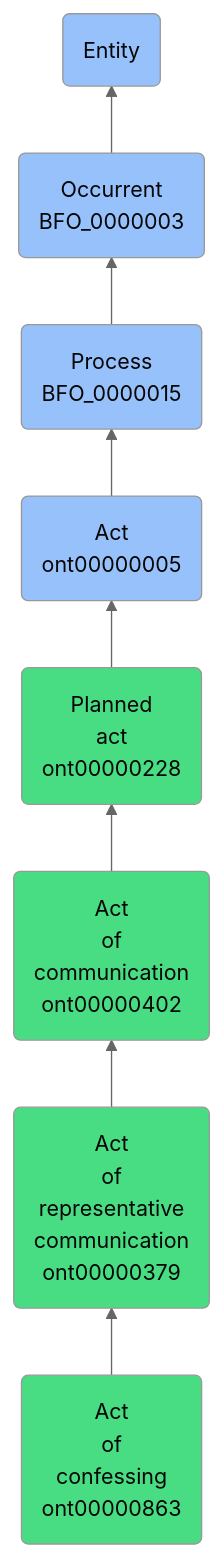
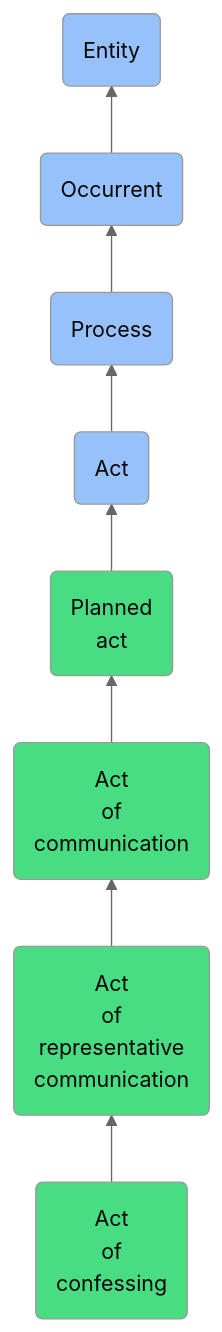
Before and after one commit to jupyter-naas/abi: the diagram in docs/ontology/reference/model/Entity/Occurrent/Process/Act/Planned act/Act of communication/Act of representative communication/Act of confessing/Act of confessing.md, drawn with Mermaid (neutral theme). The commit also changed other lines of this file and 1430 other files, not shown here.

````diff
--- a/docs/ontology/reference/model/Entity/Occurrent/Process/Act/Planned act/Act of communication/Act of representative communication/Act of confessing/Act of confessing.md
+++ b/docs/ontology/reference/model/Entity/Occurrent/Process/Act/Planned act/Act of communication/Act of representative communication/Act of confessing/Act of confessing.md
@@ -24,15 +24,15 @@
 ```mermaid
 graph BT
-    ont00000863(Act<br>of<br>confessing<br>ont00000863):::ABI-->ont00000379
-    ont00000379(Act<br>of<br>representative<br>communication<br>ont00000379):::ABI-->ont00000402
-    ont00000402(Act<br>of<br>communication<br>ont00000402):::ABI-->ont00000228
-    ont00000228(Planned<br>act<br>ont00000228):::ABI-->ont00000005
-    ont00000005(Act<br>ont00000005):::BFO-->BFO_0000015
-    BFO_0000015(Process<br>BFO_0000015):::BFO-->BFO_0000003
-    BFO_0000003(Occurrent<br>BFO_0000003):::BFO-->BFO_0000001
+    ont00000863(Act<br>of<br>confessing):::ABI-->ont00000379
+    ont00000379(Act<br>of<br>representative<br>communication):::ABI-->ont00000402
+    ont00000402(Act<br>of<br>communication):::ABI-->ont00000228
+    ont00000228(Planned<br>act):::ABI-->ont00000005
+    ont00000005(Act):::BFO-->BFO_0000015
+    BFO_0000015(Process):::BFO-->BFO_0000003
+    BFO_0000003(Occurrent):::BFO-->BFO_0000001
     BFO_0000001(Entity):::BFO
     
     classDef BFO fill:#97c1fb,color:#060606
     classDef CCO fill:#e4c51e,color:#060606
     classDef ABI fill:#48DD82,color:#060606
 ```
````
